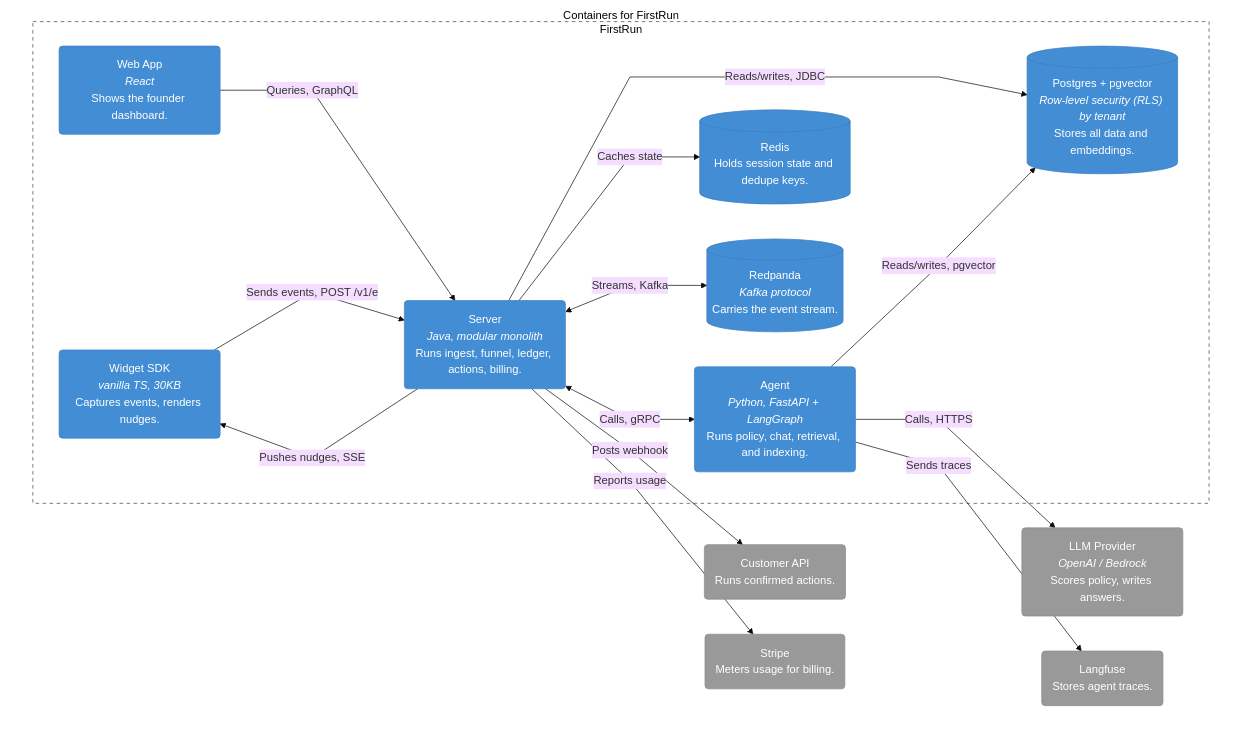
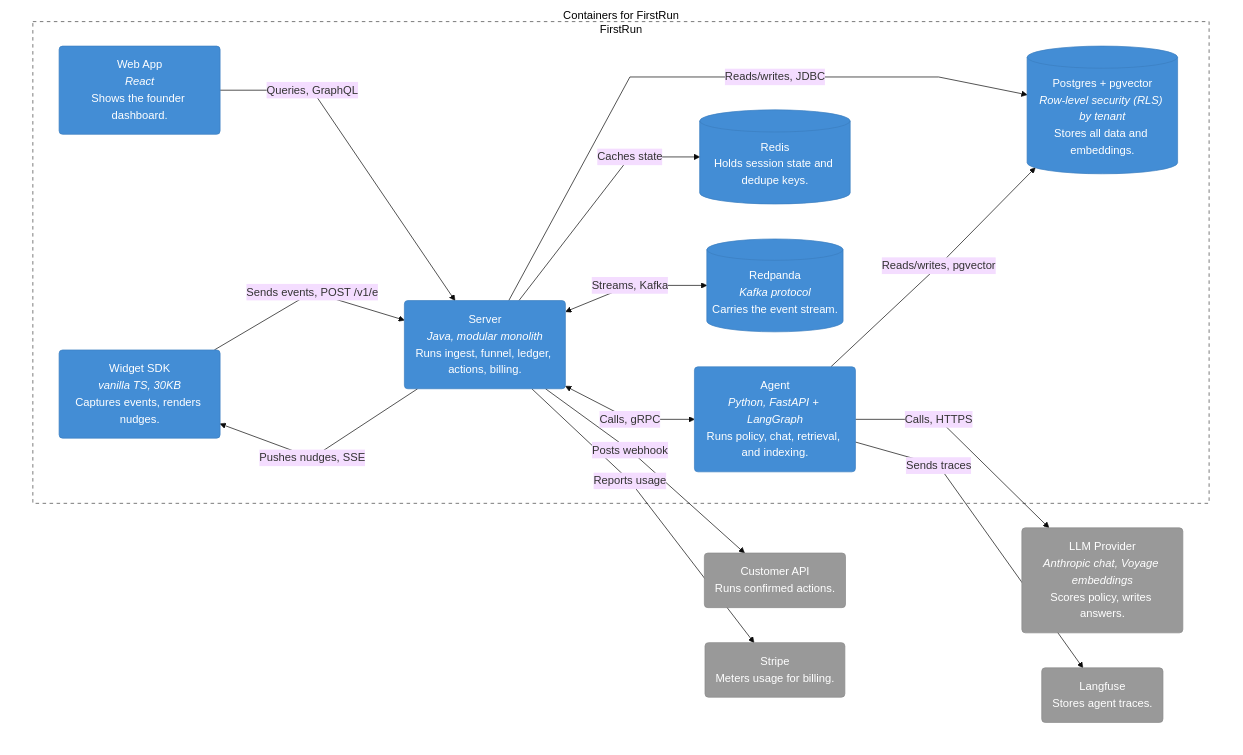
Before and after one commit to alfaarizi/first-run: the second of 6 diagrams in docs/architecture.md, drawn with Mermaid. The commit also changed other lines of this file and 152 other files, not shown here.

````diff
--- a/docs/architecture.md
+++ b/docs/architecture.md
@@ -54,43 +54,43 @@
 ```mermaid
 ---
 config:
   theme: base
   flowchart:
     curve: linear
 ---
 flowchart LR
   subgraph T["Containers for FirstRun"]
     direction LR
     subgraph FR[" FirstRun "]
       WID("Widget SDK<br/><i>vanilla TS, 30KB</i><br/>Captures events, renders nudges.")
       WEB("Web App<br/><i>React</i><br/>Shows the founder dashboard.")
       SRV("Server<br/><i>Java, modular monolith</i><br/>Runs ingest, funnel, ledger, actions, billing.")
       AGT("Agent<br/><i>Python, FastAPI + LangGraph</i><br/>Runs policy, chat, retrieval, and indexing.")
       PG[("Postgres + pgvector<br/><i>Row-level security (RLS) by tenant</i><br/>Stores all data and embeddings.")]
       RDS[("Redis<br/>Holds session state and dedupe keys.")]
       RP[("Redpanda<br/><i>Kafka protocol</i><br/>Carries the event stream.")]
     end
-    LLM("LLM Provider<br/><i>OpenAI / Bedrock</i><br/>Scores policy, writes answers.")
+    LLM("LLM Provider<br/><i>Anthropic chat, Voyage embeddings</i><br/>Scores policy, writes answers.")
     CUST("Customer API<br/>Runs confirmed actions.")
     STR("Stripe<br/>Meters usage for billing.")
     LF("Langfuse<br/>Stores agent traces.")
     WEB -->|"Queries, GraphQL"| SRV
     WID -->|"Sends events, POST /v1/e"| SRV
     SRV -->|"Pushes nudges, SSE"| WID
     SRV <-->|"Calls, gRPC"| AGT
     SRV -->|"Reads/writes, JDBC"| PG
     SRV -->|"Caches state"| RDS
     SRV <-->|"Streams, Kafka"| RP
     SRV -->|"Posts webhook"| CUST
     SRV -->|"Reports usage"| STR
     AGT -->|"Reads/writes, pgvector"| PG
     AGT -->|"Calls, HTTPS"| LLM
     AGT -->|"Sends traces"| LF
   end
   classDef box fill:#438DD5,stroke:#3C7FC0,color:#FFFFFF
   classDef external fill:#999999,stroke:#8A8A8A,color:#FFFFFF
   class WID,WEB,SRV,AGT,PG,RDS,RP box
   class LLM,CUST,STR,LF external
   style T fill:#FFFFFF,stroke:#FFFFFF,color:#000000
   style FR fill:none,stroke:#444444,stroke-dasharray:5 5,color:#000000
 ```
````
